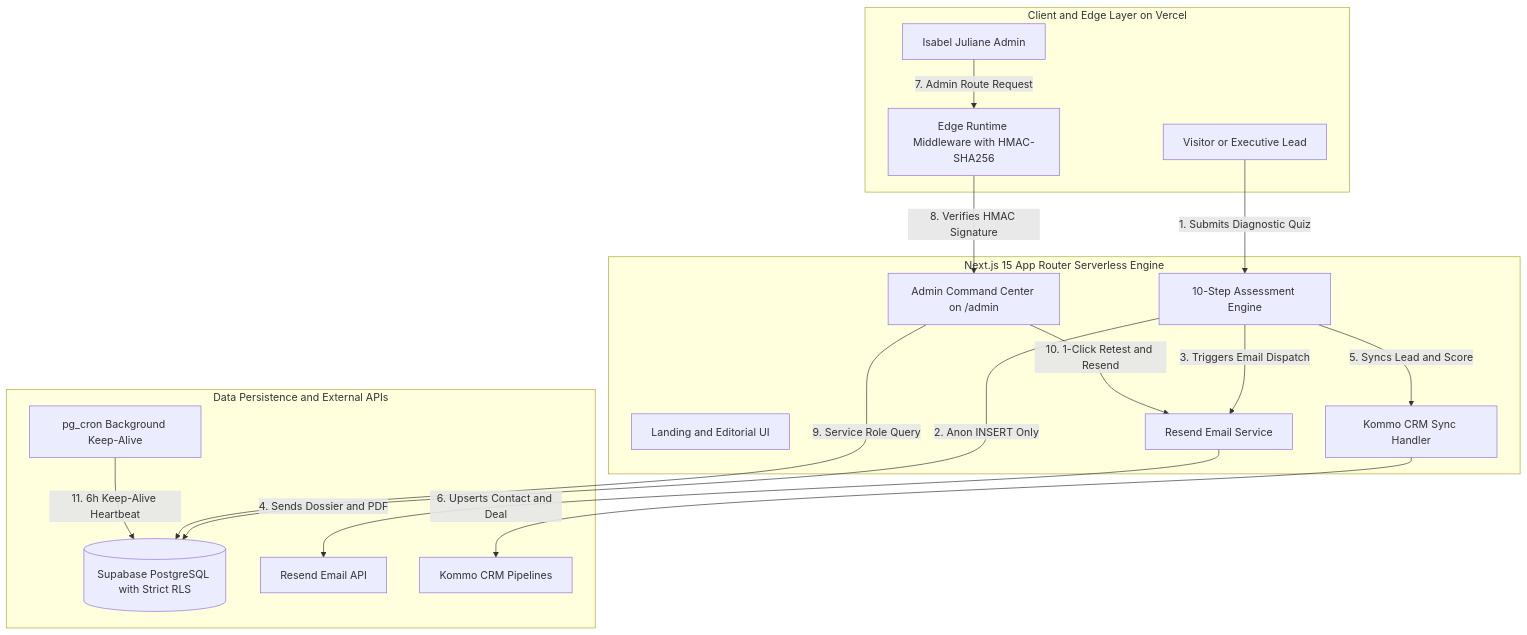
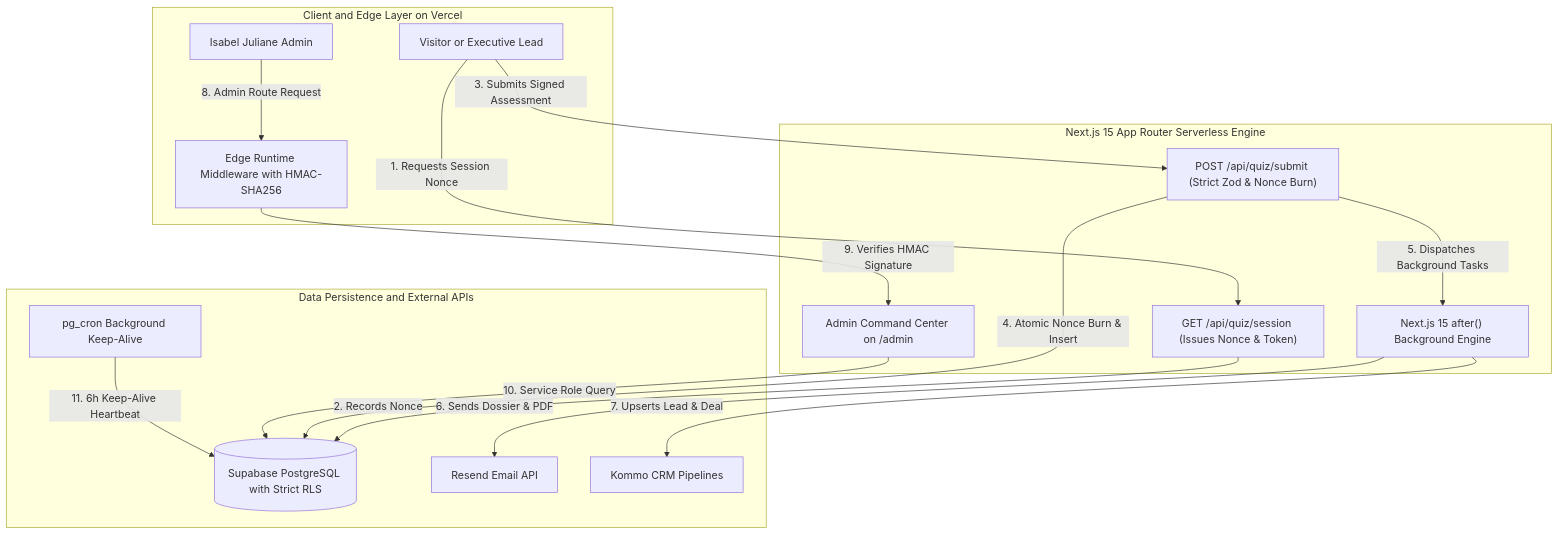
The diagram in README.md (matheus-valpassos/isabel-juliane-case-study), drawn with Mermaid before and after one commit. The commit also changed other lines of this file and 1 other file, not shown here.

Commit message:
docs: update zero-trust nonce architecture, mermaid diagrams and next.js 15 after orchestration

````diff
--- a/README.md
+++ b/README.md
@@ -144,36 +144,35 @@
 ```mermaid
 flowchart TD
     subgraph ClientLayer ["Client and Edge Layer on Vercel"]
         User["Visitor or Executive Lead"]
         Admin["Isabel Juliane Admin"]
         EdgeMW["Edge Runtime Middleware with HMAC-SHA256"]
     end
 
     subgraph AppLayer ["Next.js 15 App Router Serverless Engine"]
-        Landing["Landing and Editorial UI"]
-        QuizEngine["10-Step Assessment Engine"]
+        SessionAPI["GET /api/quiz/session (Issues Nonce & Token)"]
+        SubmitAPI["POST /api/quiz/submit (Strict Zod & Nonce Burn)"]
         AdminHub["Admin Command Center on /admin"]
-        EmailService["Resend Email Service"]
-        CRMSync["Kommo CRM Sync Handler"]
+        BackgroundTask["Next.js 15 after() Background Engine"]
     end
 
     subgraph DataLayer ["Data Persistence and External APIs"]
         SupabaseDB[("Supabase PostgreSQL with Strict RLS")]
         ResendAPI["Resend Email API"]
         KommoCRM["Kommo CRM Pipelines"]
         CronJob["pg_cron Background Keep-Alive"]
     end
 
-    User -->|"1. Submits Diagnostic Quiz"| QuizEngine
-    QuizEngine -->|"2. Anon INSERT Only"| SupabaseDB
-    QuizEngine -->|"3. Triggers Email Dispatch"| EmailService
-    EmailService -->|"4. Sends Dossier and PDF"| ResendAPI
-    QuizEngine -->|"5. Syncs Lead and Score"| CRMSync
-    CRMSync -->|"6. Upserts Contact and Deal"| KommoCRM
+    User -->|"1. Requests Session Nonce"| SessionAPI
+    SessionAPI -->|"2. Records Nonce"| SupabaseDB
+    User -->|"3. Submits Signed Assessment"| SubmitAPI
+    SubmitAPI -->|"4. Atomic Nonce Burn & Insert"| SupabaseDB
+    SubmitAPI -->|"5. Dispatches Background Tasks"| BackgroundTask
+    BackgroundTask -->|"6. Sends Dossier & PDF"| ResendAPI
+    BackgroundTask -->|"7. Upserts Lead & Deal"| KommoCRM
 
-    Admin -->|"7. Admin Route Request"| EdgeMW
-    EdgeMW -->|"8. Verifies HMAC Signature"| AdminHub
-    AdminHub -->|"9. Service Role Query"| SupabaseDB
-    AdminHub -->|"10. 1-Click Retest and Resend"| EmailService
+    Admin -->|"8. Admin Route Request"| EdgeMW
+    EdgeMW -->|"9. Verifies HMAC Signature"| AdminHub
+    AdminHub -->|"10. Service Role Query"| SupabaseDB
     CronJob -->|"11. 6h Keep-Alive Heartbeat"| SupabaseDB
 ```
````
